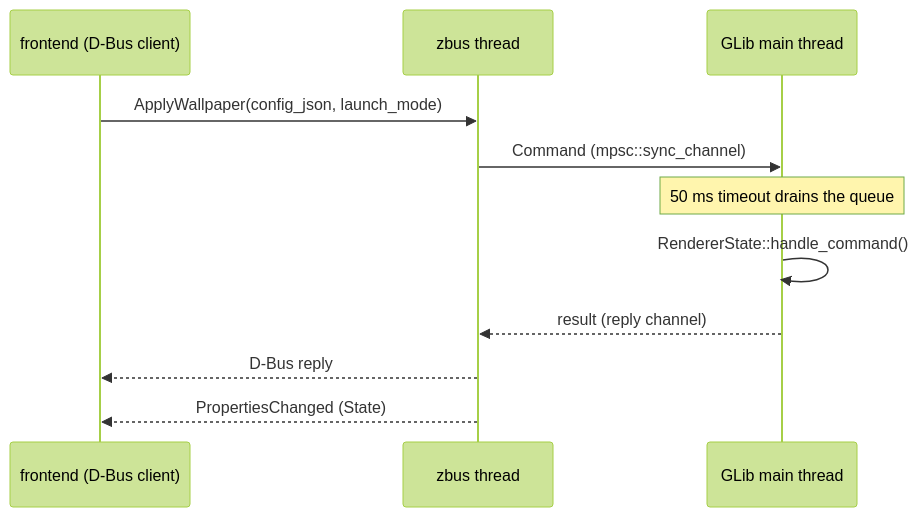
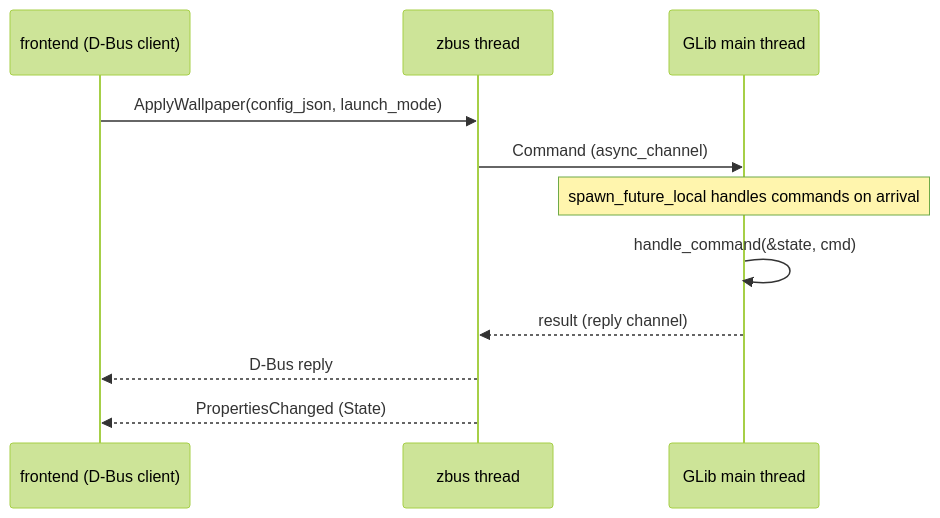
Before and after one commit to jeffshee/hotaru: the second of 2 diagrams in docs/architecture.md, drawn with Mermaid (forest theme). The commit also changed other lines of this file and 1 other file, not shown here.

First line of the commit message:
docs: update architecture and renderers for the refactor

````diff
--- a/docs/architecture.md
+++ b/docs/architecture.md
@@ -211,14 +215,14 @@
 ```mermaid
 sequenceDiagram
     participant C as frontend (D-Bus client)
     participant Z as zbus thread
     participant M as GLib main thread
 
     C->>Z: ApplyWallpaper(config_json, launch_mode)
-    Z->>M: Command (mpsc::sync_channel)
-    Note over M: 50 ms timeout drains the queue
-    M->>M: RendererState::handle_command()
+    Z->>M: Command (async_channel)
+    Note over M: spawn_future_local handles commands on arrival
+    M->>M: handle_command(&state, cmd)
     M-->>Z: result (reply channel)
     Z-->>C: D-Bus reply
     Z-->>C: PropertiesChanged (State)
 ```
````
